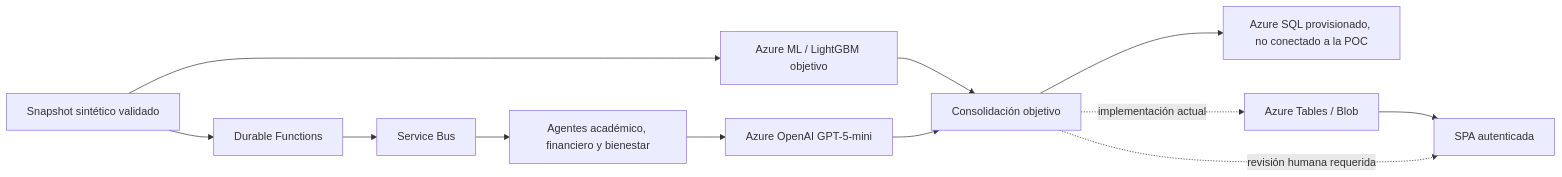
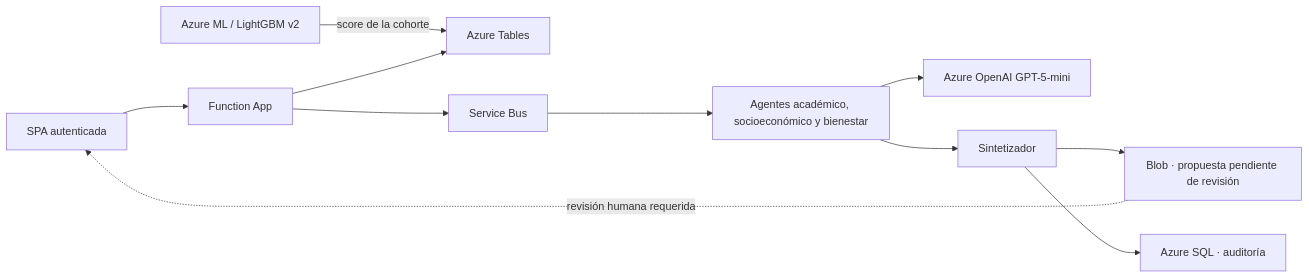
One commit to Wizar-Cyber/FUMC_Analytic-Core changed the diagram in README.md. Above: the diagram before and after it, drawn with Mermaid. The commit also changed other lines of this file and 211 other files, not shown here.

````diff
--- a/README.md
+++ b/README.md
@@ -31,14 +28,13 @@
 ```mermaid
 flowchart LR
-	S[Snapshot sintético validado] --> ML[Azure ML / LightGBM objetivo]
-	S --> ORQ[Durable Functions]
-	ORQ --> SB[Service Bus]
-	SB --> AG[Agentes académico, financiero y bienestar]
+	UI[SPA autenticada] --> API[Function App]
+	AML[Azure ML / LightGBM v2] -->|score de la cohorte| TB[Azure Tables]
+	API --> TB
+	API --> SB[Service Bus]
+	SB --> AG[Agentes académico, socioeconómico y bienestar]
 	AG --> OAI[Azure OpenAI GPT-5-mini]
-	ML --> JOIN[Consolidación objetivo]
-	OAI --> JOIN
-	JOIN --> SQL[Azure SQL provisionado, no conectado a la POC]
-	JOIN -. implementación actual .-> TB[Azure Tables / Blob]
-	TB --> SPA[SPA autenticada]
-	JOIN -. revisión humana requerida .-> SPA
+	AG --> SYN[Sintetizador]
+	SYN --> BLOB[Blob · propuesta pendiente de revisión]
+	SYN --> SQL[Azure SQL · auditoría]
+	BLOB -. revisión humana requerida .-> UI
 ```
````
